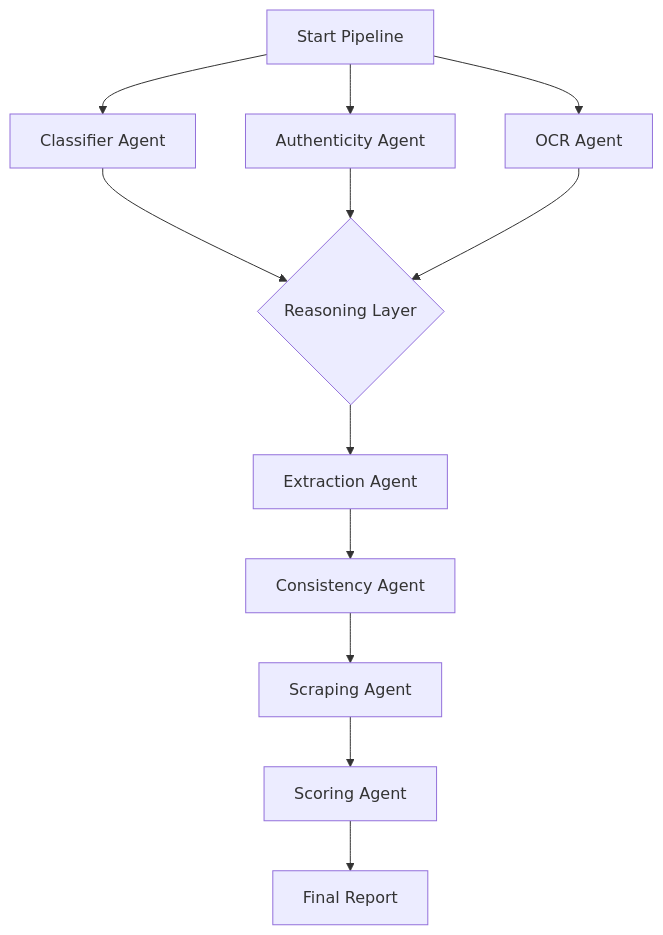
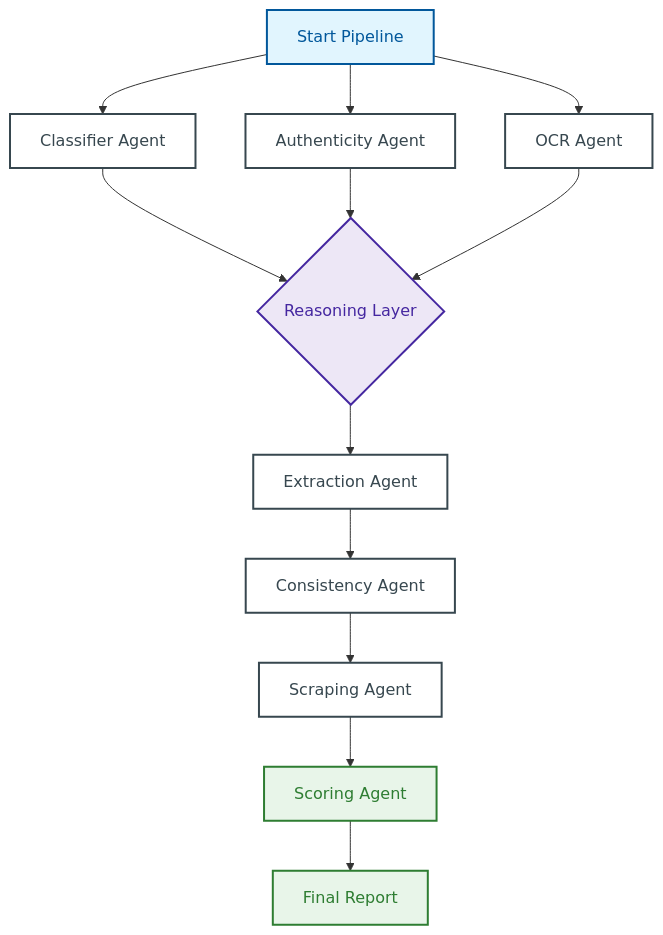
The diagram in docs/agentic_design.md (Corsairs-Bejaia/Meayer-AI), drawn with Mermaid before and after one commit. The commit also changed 3 other files, not shown here.

Commit message:
docs: refine system architecture diagram with enhanced styling and detailed agent phase documentation

````diff
--- a/docs/agentic_design.md
+++ b/docs/agentic_design.md
@@ -17,15 +17,20 @@
 ```mermaid
 graph TD
-    A[Start Pipeline] --> B[Classifier Agent]
-    A --> C[Authenticity Agent]
-    A --> D[OCR Agent]
+    A[Start Pipeline]:::start --> B[Classifier Agent]:::agent
+    A --> C[Authenticity Agent]:::agent
+    A --> D[OCR Agent]:::agent
     
-    B & C & D --> E{Reasoning Layer}
+    B & C & D --> E{Reasoning Layer}:::core
     
-    E --> F[Extraction Agent]
-    F --> G[Consistency Agent]
-    G --> H[Scraping Agent]
+    E --> F[Extraction Agent]:::agent
+    F --> G[Consistency Agent]:::agent
+    G --> H[Scraping Agent]:::agent
     
-    H --> I[Scoring Agent]
-    I --> J[Final Report]
+    H --> I[Scoring Agent]:::result
+    I --> J[Final Report]:::result
+
+    classDef start fill:#e1f5fe,stroke:#01579b,stroke-width:2px,color:#01579b
+    classDef agent fill:#ffffff,stroke:#37474f,stroke-width:2px,color:#37474f
+    classDef core fill:#ede7f6,stroke:#4527a0,stroke-width:2px,color:#4527a0
+    classDef result fill:#e8f5e9,stroke:#2e7d32,stroke-width:2px,color:#2e7d32
 ```
````
